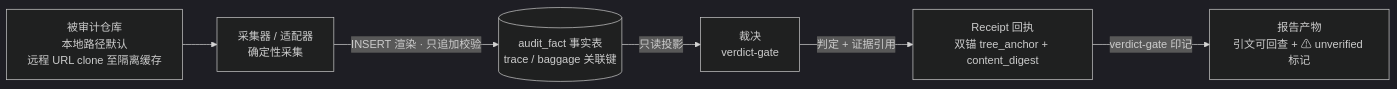
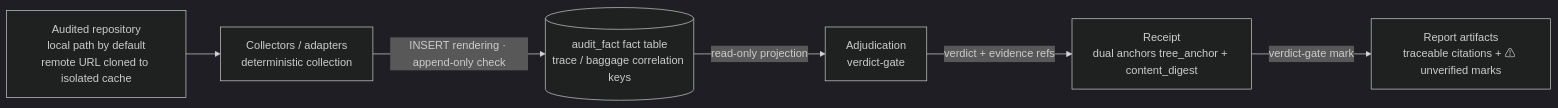
One commit to Xxx91n/6F changed the diagram in README.md. Above: the diagram before and after it, drawn with Mermaid (dark theme). The commit also changed other lines of this file and 3 other files, not shown here.

````diff
--- a/README.md
+++ b/README.md
@@ -63,8 +99,8 @@
 ```mermaid
 flowchart LR
-    A["被审计仓库<br/>本地路径默认<br/>远程 URL clone 至隔离缓存"] --> B["采集器 / 适配器<br/>确定性采集"]
-    B -->|"INSERT 渲染 · 只追加校验"| C[("audit_fact 事实表<br/>trace / baggage 关联键")]
-    C -->|"只读投影"| D["裁决<br/>verdict-gate"]
-    D -->|"判定 + 证据引用"| E["Receipt 回执<br/>双锚 tree_anchor + content_digest"]
-    E -->|"verdict-gate 印记"| F["报告产物<br/>引文可回查 + ⚠ unverified 标记"]
+    A["Audited repository<br/>local path by default<br/>remote URL cloned to isolated cache"] --> B["Collectors / adapters<br/>deterministic collection"]
+    B -->|"INSERT rendering · append-only check"| C[("audit_fact fact table<br/>trace / baggage correlation keys")]
+    C -->|"read-only projection"| D["Adjudication<br/>verdict-gate"]
+    D -->|"verdict + evidence refs"| E["Receipt<br/>dual anchors tree_anchor + content_digest"]
+    E -->|"verdict-gate mark"| F["Report artifacts<br/>traceable citations + ⚠ unverified marks"]
 ```
````
